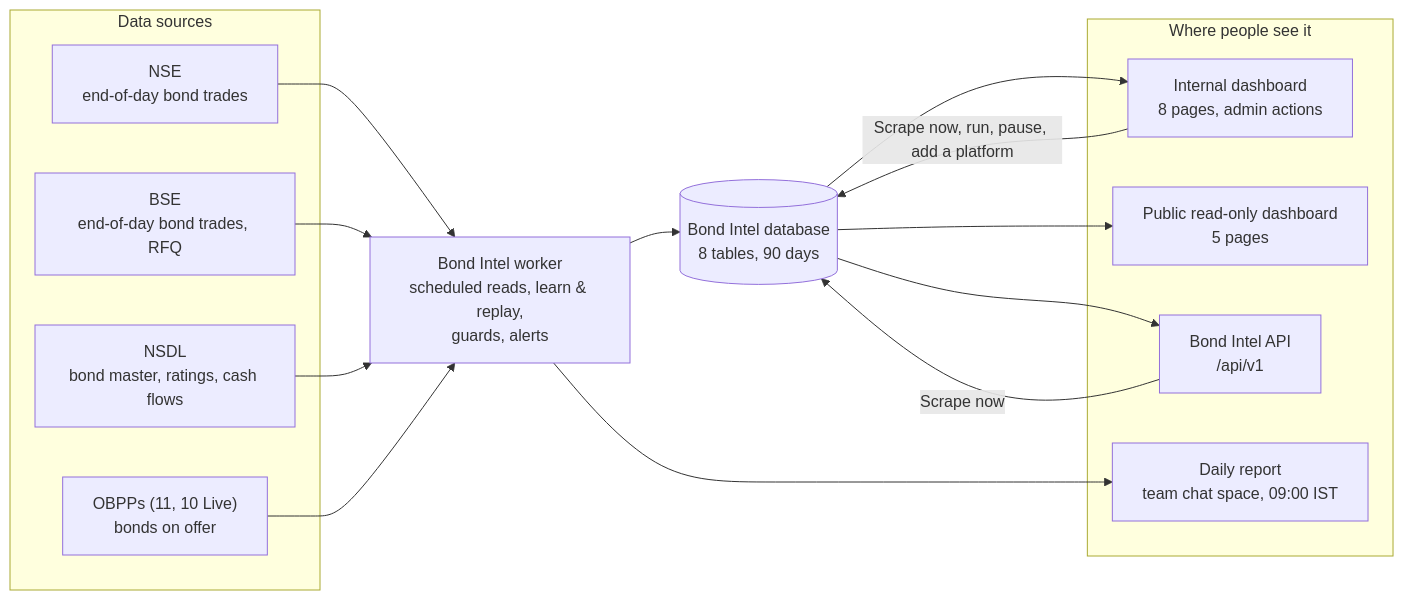
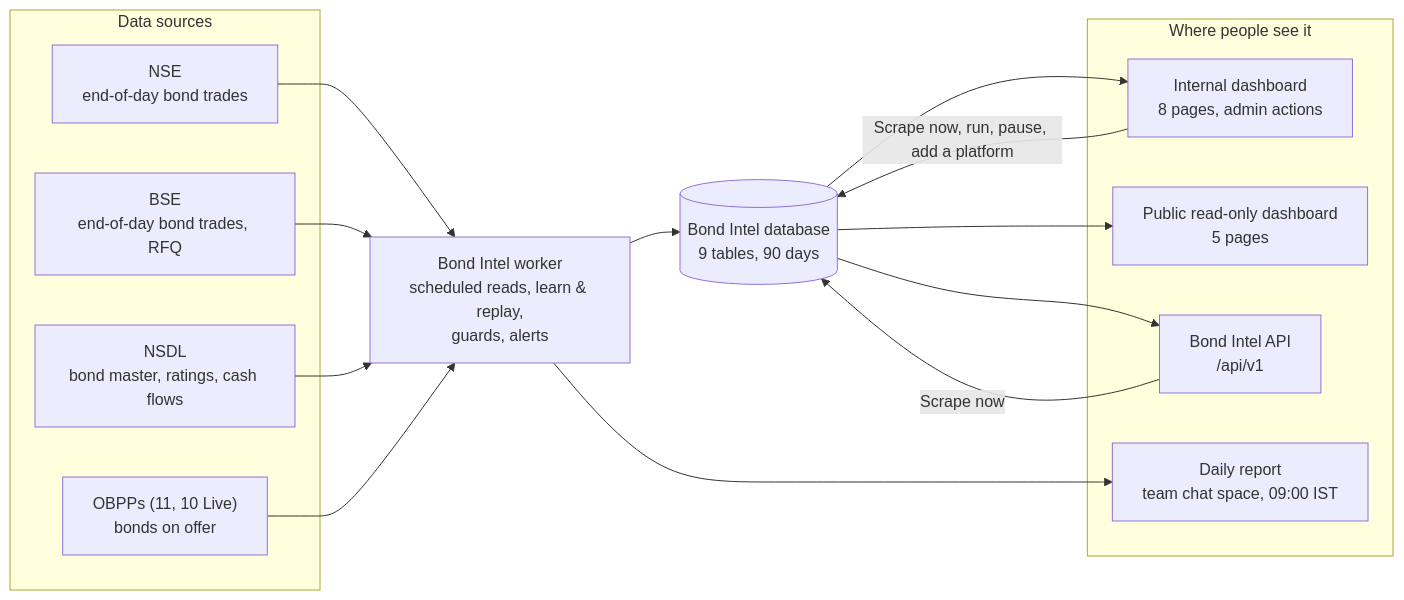
Before and after one commit to animeshnk11-hash/bond-intel: the first of 2 diagrams in docs/system-design.md, drawn with Mermaid. The commit also changed other lines of this file and 11 other files, not shown here.

````diff
--- a/docs/system-design.md
+++ b/docs/system-design.md
@@ -9,28 +9,28 @@
 ```mermaid
 flowchart LR
     subgraph Sources["Data sources"]
         NSE["NSE<br/>end-of-day bond trades"]
         BSE["BSE<br/>end-of-day bond trades, RFQ"]
         NSDL["NSDL<br/>bond master, ratings, cash flows"]
         OBPP["OBPPs (11, 10 Live)<br/>bonds on offer"]
     end
     W["Bond Intel worker<br/>scheduled reads, learn & replay,<br/>guards, alerts"]
-    DB[("Bond Intel database<br/>8 tables, 90 days")]
+    DB[("Bond Intel database<br/>9 tables, 90 days")]
     subgraph Use["Where people see it"]
         DASH["Internal dashboard<br/>8 pages, admin actions"]
         PUB["Public read-only dashboard<br/>5 pages"]
         API["Bond Intel API<br/>/api/v1"]
         REP["Daily report<br/>team chat space, 09:00 IST"]
     end
     NSE --> W
     BSE --> W
     NSDL --> W
     OBPP --> W
     W --> DB
     DB --> DASH
     DB --> PUB
     DB --> API
     W --> REP
     DASH -- "Scrape now, run, pause, add a platform" --> DB
     API -- "Scrape now" --> DB
 ```
````
